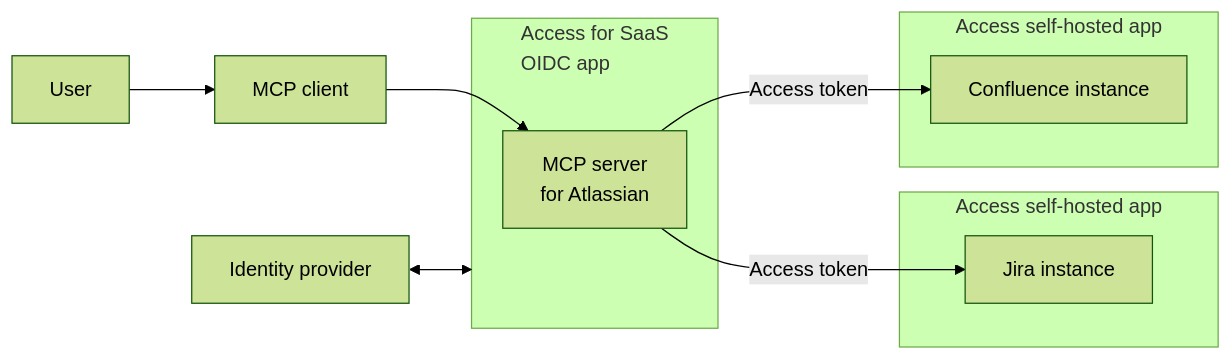
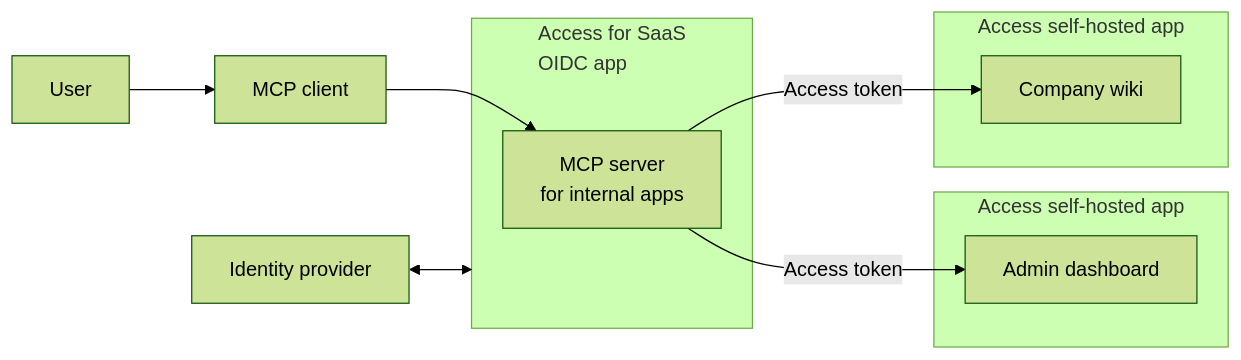
The diagram in src/content/docs/cloudflare-one/applications/configure-apps/mcp-servers/linked-apps.mdx (cloudflare/cloudflare-docs), drawn with Mermaid (forest theme) before and after one commit. The commit also changed other lines of this file, not shown here.

Commit message:
replace atlassian example

````diff
--- a/src/content/docs/cloudflare-one/applications/configure-apps/mcp-servers/linked-apps.mdx
+++ b/src/content/docs/cloudflare-one/applications/configure-apps/mcp-servers/linked-apps.mdx
@@ -15,21 +15,21 @@
 ```mermaid
 flowchart LR
 accTitle: Link MCP servers and self-hosted applications in Access
     subgraph SaaS["Access for SaaS <br> OIDC app"]
-        mcp["MCP server <br> for Atlassian"]
+        mcp["MCP server <br> for internal apps"]
     end
 
     subgraph "Access self-hosted app"
-        app1[Jira instance]
+        app1[Admin dashboard]
     end
 
     subgraph "Access self-hosted app"
-        app2[Confluence instance]
+        app2[Company wiki]
     end
 
 		User --> client["MCP client"]
     client --> mcp
     mcp -- Access token --> app1
 		mcp -- Access token --> app2
 		idp[Identity provider] <--> SaaS
 ```
````
